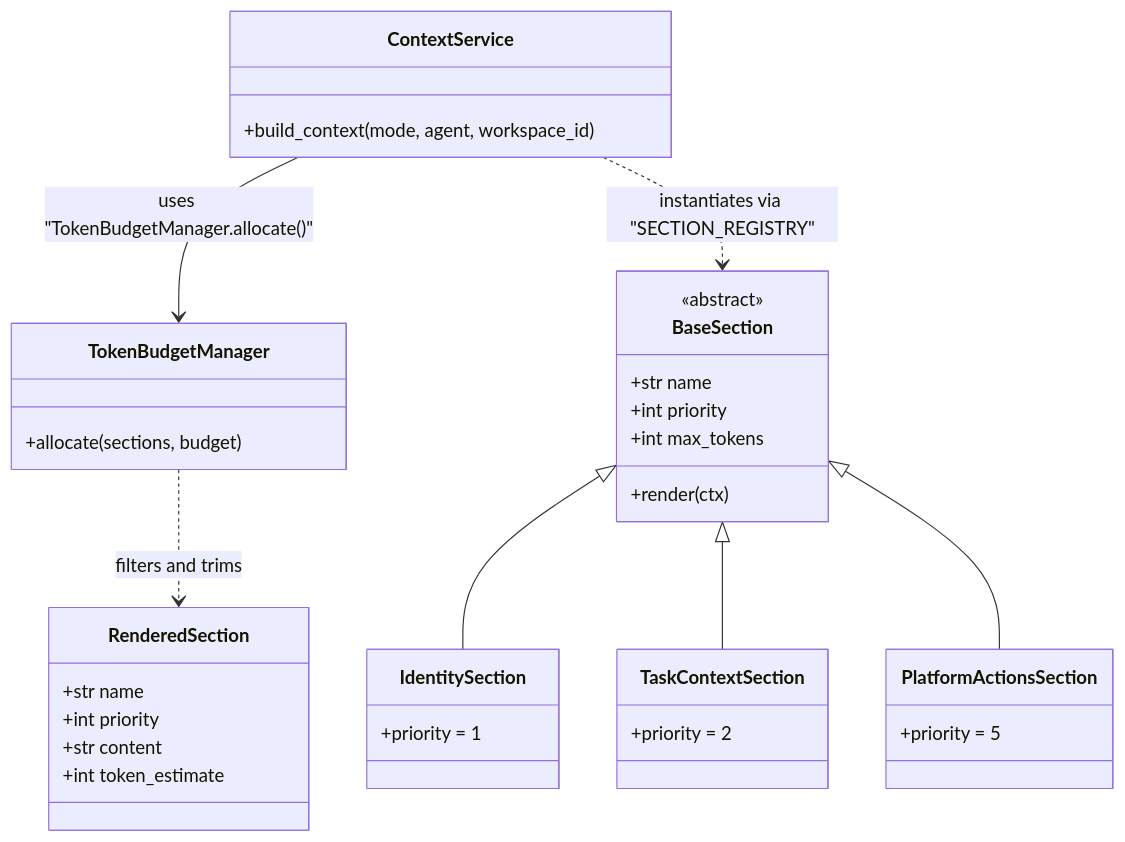
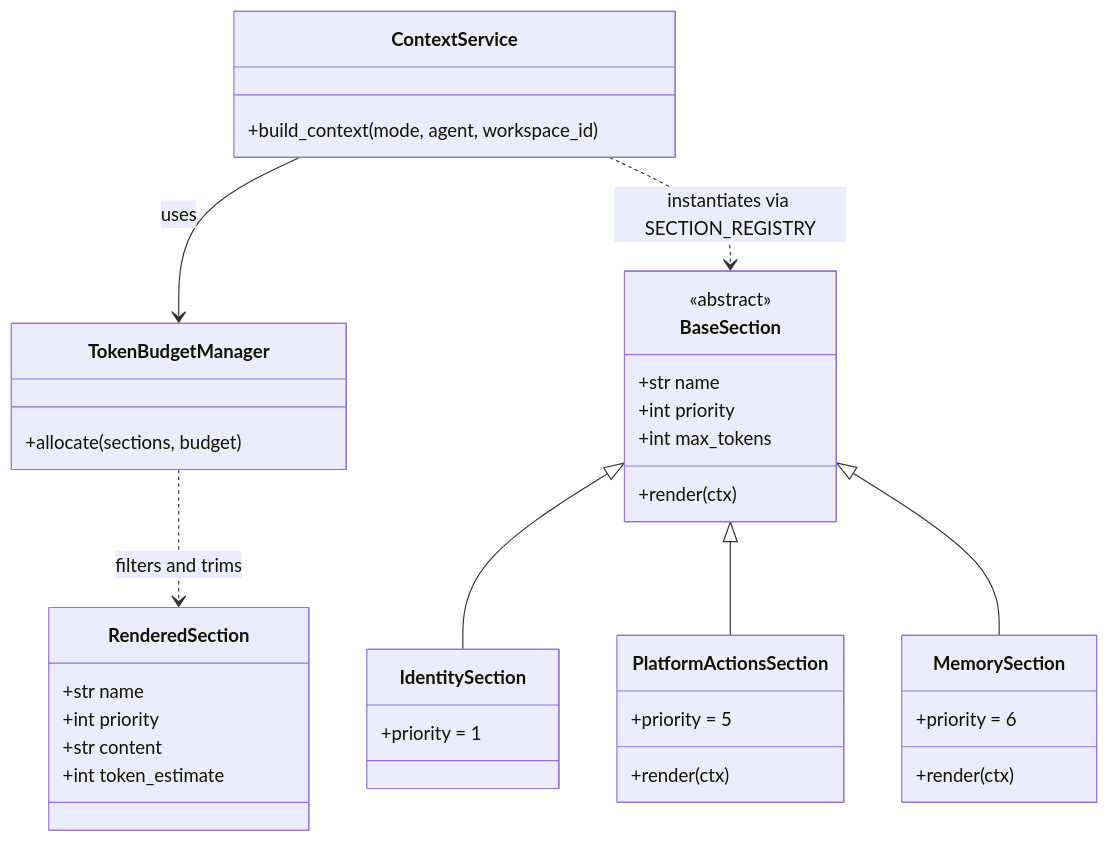
The second of 2 diagrams in docs/context-service/section-priority-system.md (AutomatosAI/automatos-ai), drawn with Mermaid before and after one commit. The commit also changed other lines of this file and 153 other files, not shown here.

````diff
--- a/docs/context-service/section-priority-system.md
+++ b/docs/context-service/section-priority-system.md
@@ -145,38 +143,40 @@
 ```mermaid
 classDiagram
     class ContextService {
         +build_context(mode, agent, workspace_id)
     }
     class TokenBudgetManager {
         +allocate(sections, budget)
     }
     class BaseSection {
         <<abstract>>
         +str name
         +int priority
         +int max_tokens
         +render(ctx)
     }
     class IdentitySection {
         +priority = 1
     }
-    class TaskContextSection {
-        +priority = 2
-    }
     class PlatformActionsSection {
         +priority = 5
+        +render(ctx)
+    }
+    class MemorySection {
+        +priority = 6
+        +render(ctx)
     }
     class RenderedSection {
         +str name
         +int priority
         +str content
         +int token_estimate
     }
 
-    ContextService --> TokenBudgetManager : uses "TokenBudgetManager.allocate()"
-    ContextService ..> BaseSection : instantiates via "SECTION_REGISTRY"
+    ContextService --> TokenBudgetManager : uses
+    ContextService ..> BaseSection : instantiates via SECTION_REGISTRY
     TokenBudgetManager ..> RenderedSection : filters and trims
     BaseSection <|-- IdentitySection
-    BaseSection <|-- TaskContextSection
     BaseSection <|-- PlatformActionsSection
+    BaseSection <|-- MemorySection
 ```
````
